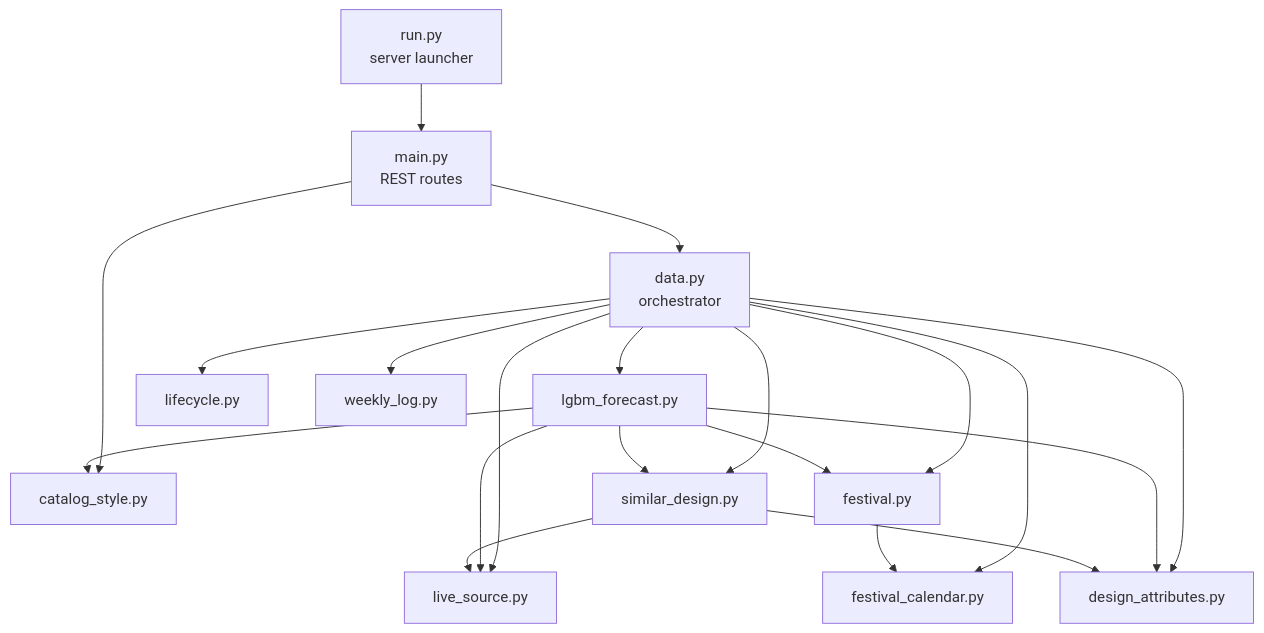
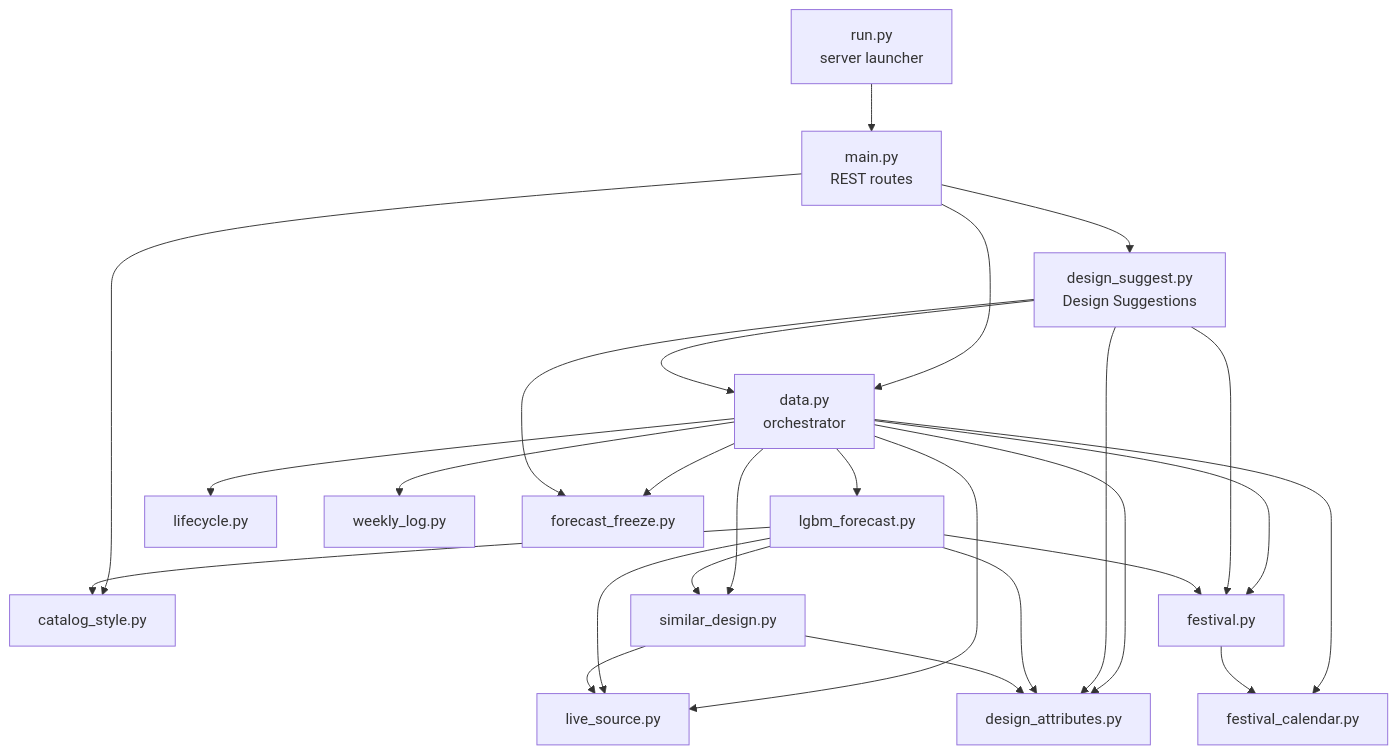
Before and after one commit to orlindatabase-lang/Demand-Forecasting: the third of 30 diagrams in README.md, drawn with Mermaid. The commit also changed other lines of this file and 39 other files, not shown here.

````diff
--- a/README.md
+++ b/README.md
@@ -178,25 +197,32 @@
 ```mermaid
 flowchart TD
     main["main.py<br/>REST routes"] --> data["data.py<br/>orchestrator"]
     main --> catalog["catalog_style.py"]
+    main --> ds["design_suggest.py<br/>Design Suggestions"]
     run["run.py<br/>server launcher"] --> main
 
     data --> live["live_source.py"]
     data --> lgbm["lgbm_forecast.py"]
     data --> festival["festival.py"]
     data --> fcal["festival_calendar.py"]
     data --> life["lifecycle.py"]
     data --> attrs["design_attributes.py"]
     data --> wlog["weekly_log.py"]
     data --> sim["similar_design.py"]
+    data --> freeze["forecast_freeze.py"]
+
+    ds --> data
+    ds --> attrs
+    ds --> festival
+    ds --> freeze
 
     lgbm --> festival
     lgbm --> sim
     lgbm --> catalog
     lgbm --> attrs
     lgbm --> live
 
     festival --> fcal
     sim --> attrs
     sim --> live
 ```
````
